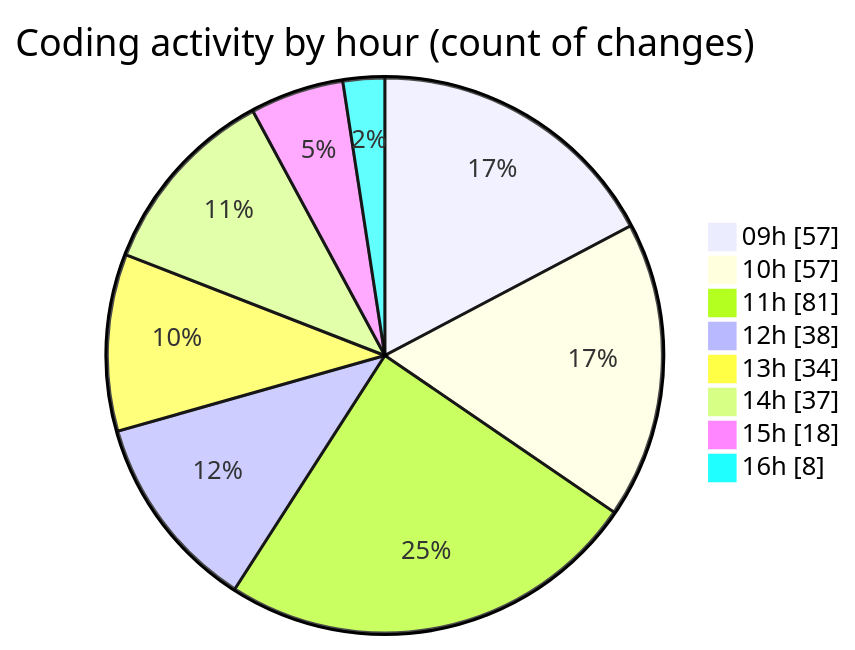
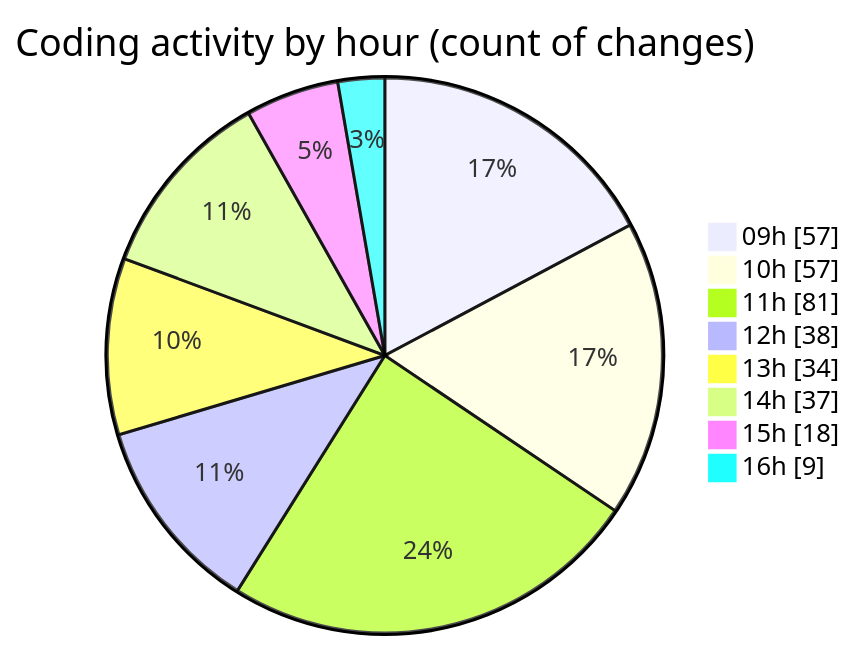
Before and after one commit to momahboobian/code-tracking: the second of 2 diagrams in 2025-09-19/cda/README.md, drawn with Mermaid. The commit also changed other lines of this file and 1 other file, not shown here.

````diff
--- a/2025-09-19/cda/README.md
+++ b/2025-09-19/cda/README.md
@@ -36,12 +36,12 @@
 ```mermaid
 pie showData
 title Coding activity by hour (count of changes)
 "09h" : 57
 "10h" : 57
 "11h" : 81
 "12h" : 38
 "13h" : 34
 "14h" : 37
 "15h" : 18
-"16h" : 8
+"16h" : 9
 ```
````
